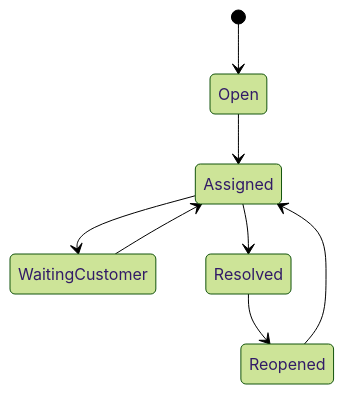
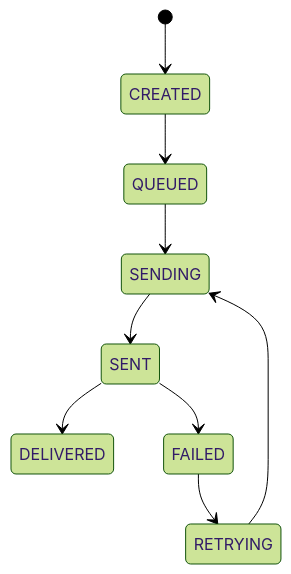
Before and after one commit to D-engahmed/OMILINKS: the fourth of 4 diagrams in docs/domain/conversations.md, drawn with Mermaid (forest theme). The commit also changed other lines of this file and 3 other files, not shown here.

````diff
--- a/docs/domain/conversations.md
+++ b/docs/domain/conversations.md
@@ -37,10 +167,11 @@
 ```mermaid
 stateDiagram-v2
-[*] --> Open
-Open --> Assigned
-Assigned --> WaitingCustomer
-Assigned --> Resolved
-WaitingCustomer --> Assigned
-Resolved --> Reopened
-Reopened --> Assigned
+    [*] --> CREATED
+    CREATED --> QUEUED
+    QUEUED --> SENDING
+    SENDING --> SENT
+    SENT --> DELIVERED
+    SENT --> FAILED
+    FAILED --> RETRYING
+    RETRYING --> SENDING
 ```
````
